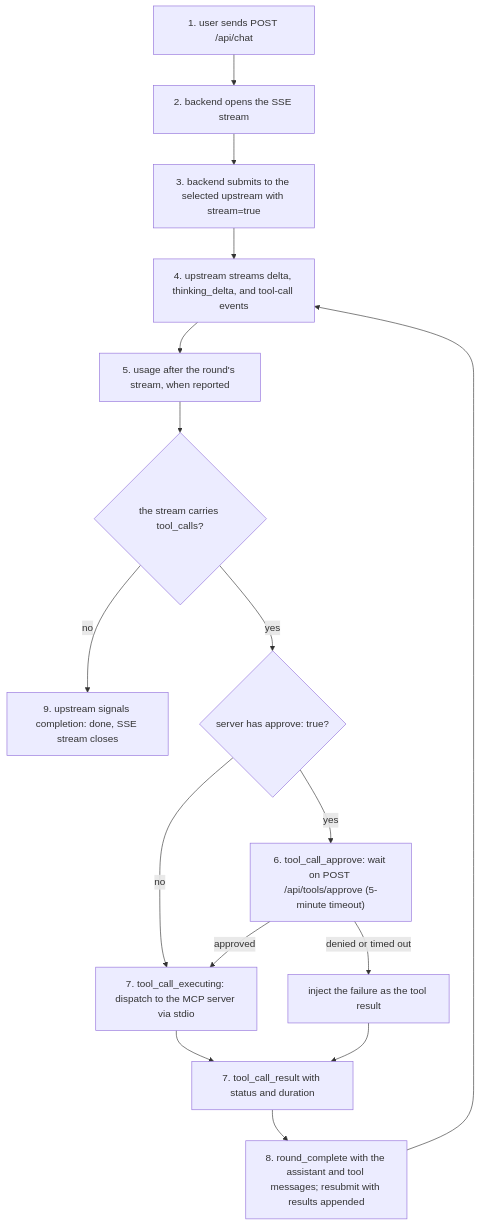
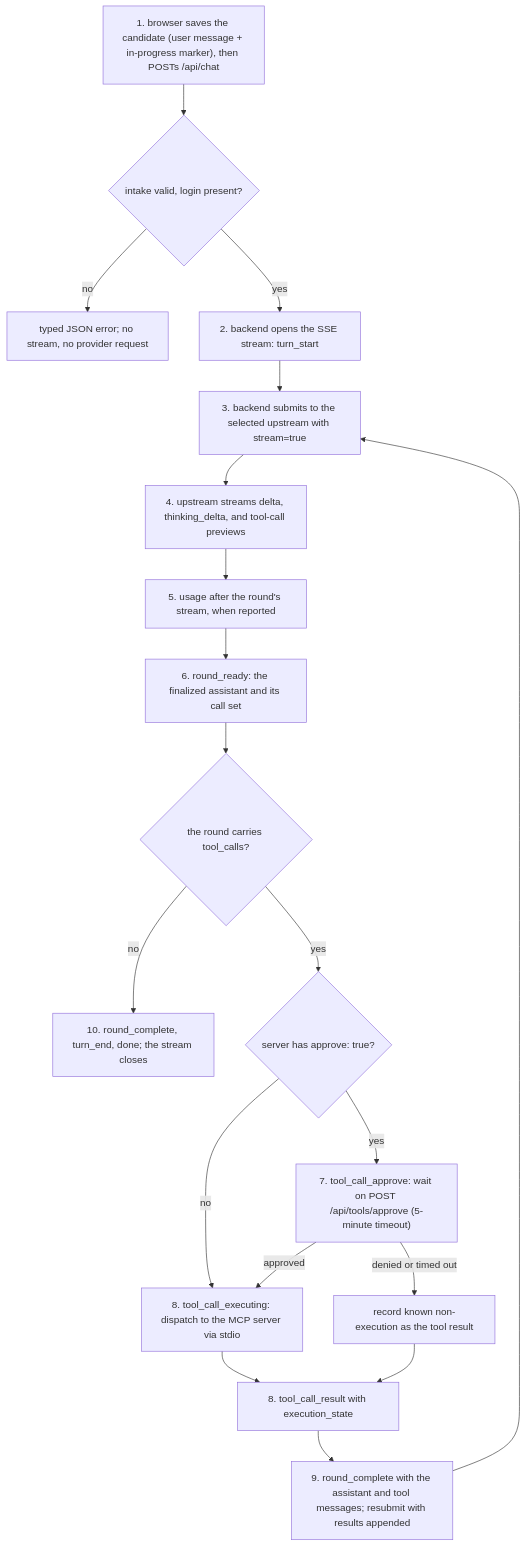
The fourth of 4 diagrams in docs/current/pane.md (michaelquigley/pane), drawn with Mermaid before and after one commit. The commit also changed other lines of this file and 93 other files, not shown here.

````diff
--- a/docs/current/pane.md
+++ b/docs/current/pane.md
@@ -319,18 +363,21 @@
 ```mermaid
 flowchart TD
-    a["1. user sends POST /api/chat"] --> b["2. backend opens the SSE stream"]
+    a["1. browser saves the candidate (user message + in-progress marker), then POSTs /api/chat"] --> v{"intake valid, login present?"}
+    v -- "no" --> r["typed JSON error; no stream, no provider request"]
+    v -- "yes" --> b["2. backend opens the SSE stream: turn_start"]
     b --> c["3. backend submits to the selected upstream with stream=true"]
-    c --> d["4. upstream streams delta, thinking_delta, and tool-call events"]
+    c --> d["4. upstream streams delta, thinking_delta, and tool-call previews"]
     d --> u["5. usage after the round's stream, when reported"]
-    u --> e{"the stream carries tool_calls?"}
-    e -- "no" --> h["9. upstream signals completion: done, SSE stream closes"]
+    u --> rr["6. round_ready: the finalized assistant and its call set"]
+    rr --> e{"the round carries tool_calls?"}
+    e -- "no" --> h["10. round_complete, turn_end, done; the stream closes"]
     e -- "yes" --> g{"server has approve: true?"}
-    g -- "yes" --> i["6. tool_call_approve: wait on POST /api/tools/approve (5-minute timeout)"]
-    g -- "no" --> j["7. tool_call_executing: dispatch to the MCP server via stdio"]
+    g -- "yes" --> i["7. tool_call_approve: wait on POST /api/tools/approve (5-minute timeout)"]
+    g -- "no" --> j["8. tool_call_executing: dispatch to the MCP server via stdio"]
     i -- "approved" --> j
-    i -- "denied or timed out" --> k["inject the failure as the tool result"]
-    j --> l["7. tool_call_result with status and duration"]
+    i -- "denied or timed out" --> k["record known non-execution as the tool result"]
+    j --> l["8. tool_call_result with execution_state"]
     k --> l
-    l --> m["8. round_complete with the assistant and tool messages; resubmit with results appended"]
-    m --> d
+    l --> m["9. round_complete with the assistant and tool messages; resubmit with results appended"]
+    m --> c
 ```
````
